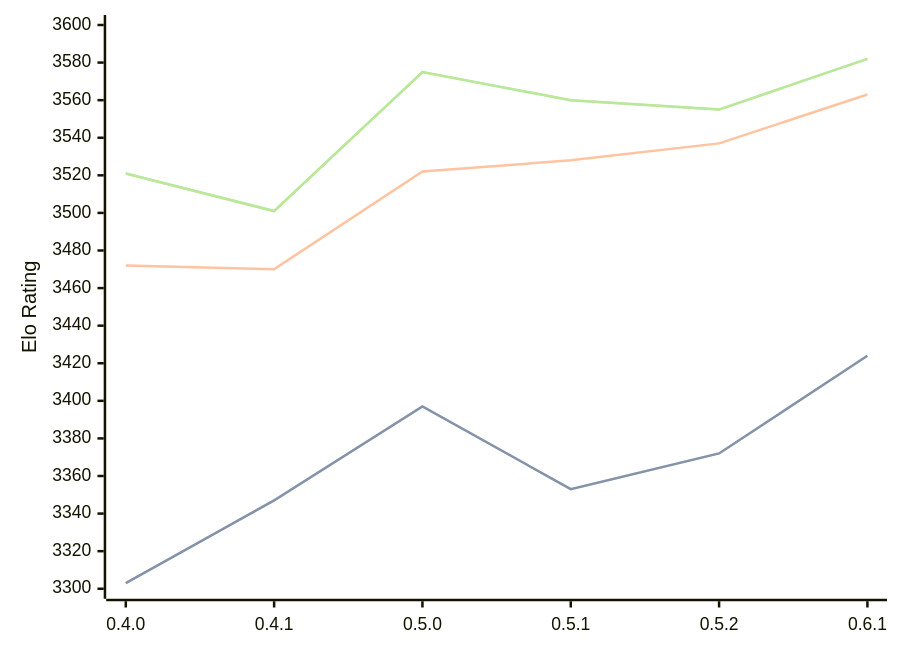
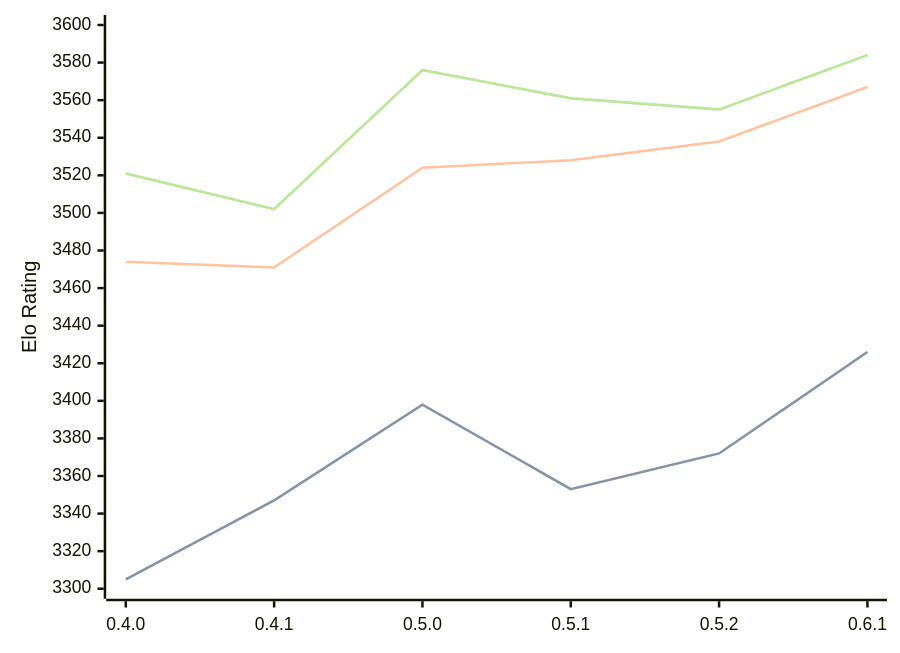
The diagram in engines/Cinder.md (computer-chess-index/cci), drawn with Mermaid before and after one commit. The commit also changed other lines of this file, not shown here.

Commit message:
Update CCI Ratings (ELO VLTC) - 2026-08-19

````diff
--- a/engines/Cinder.md
+++ b/engines/Cinder.md
@@ -37,11 +37,11 @@
 ```mermaid
 %%{init: {"theme":"base","themeVariables":{"seriesColors:['#a3a3a3','#222221','#faa371']}}}%%
 xychart-beta
   x-axis ["0.4.0", "0.4.1", "0.5.0", "0.5.1", "0.5.2", "0.6.1"]
   y-axis "Elo Rating" 3300 --> 3600
-  line "STC (8.0+0.08s)" [3303, 3347, 3397, 3353, 3372, 3424]
-  line "STC (8.0+0.08s)" [3303, 3347, 3397, 3353, 3372, 3424]
-  line "LTC (60.0+0.60s)" [3472, 3470, 3522, 3528, 3537, 3563]
-  line "VLTC (2m24s+1.12s)" [3521, 3501, 3575, 3560, 3555, 3582]
-  line "VLTC (2m24s+1.12s)" [3521, 3501, 3575, 3560, 3555, 3582]
+  line "STC (8.0+0.08s)" [3305, 3347, 3398, 3353, 3372, 3426]
+  line "STC (8.0+0.08s)" [3305, 3347, 3398, 3353, 3372, 3426]
+  line "LTC (60.0+0.60s)" [3474, 3471, 3524, 3528, 3538, 3567]
+  line "VLTC (2m24s+1.12s)" [3521, 3502, 3576, 3561, 3555, 3584]
+  line "VLTC (2m24s+1.12s)" [3521, 3502, 3576, 3561, 3555, 3584]
 ```
````
